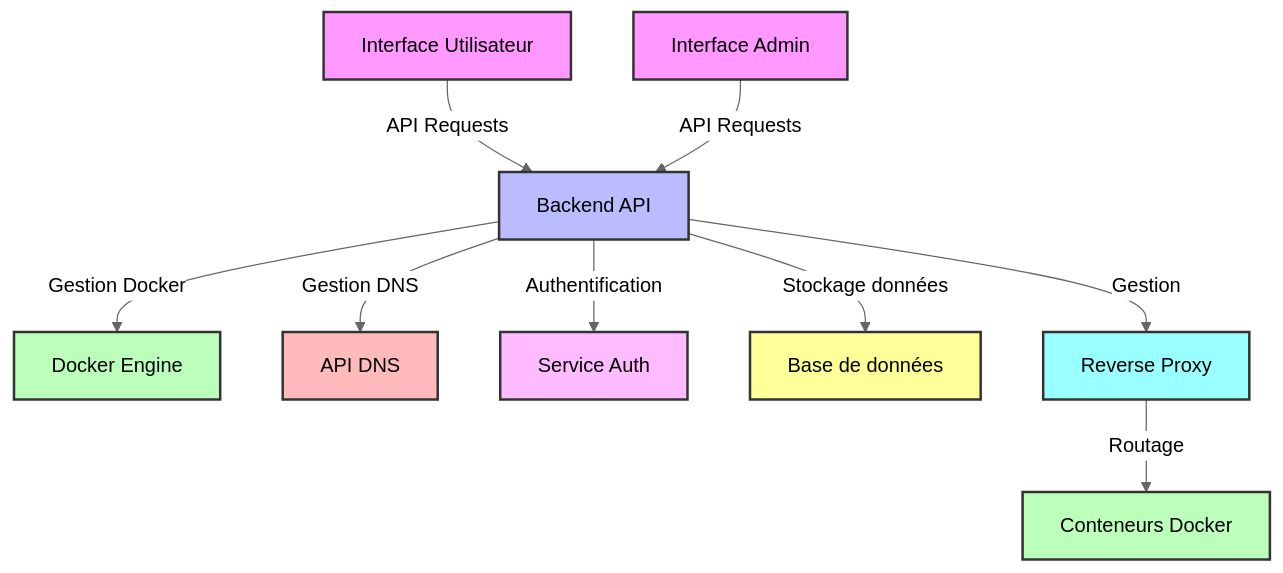
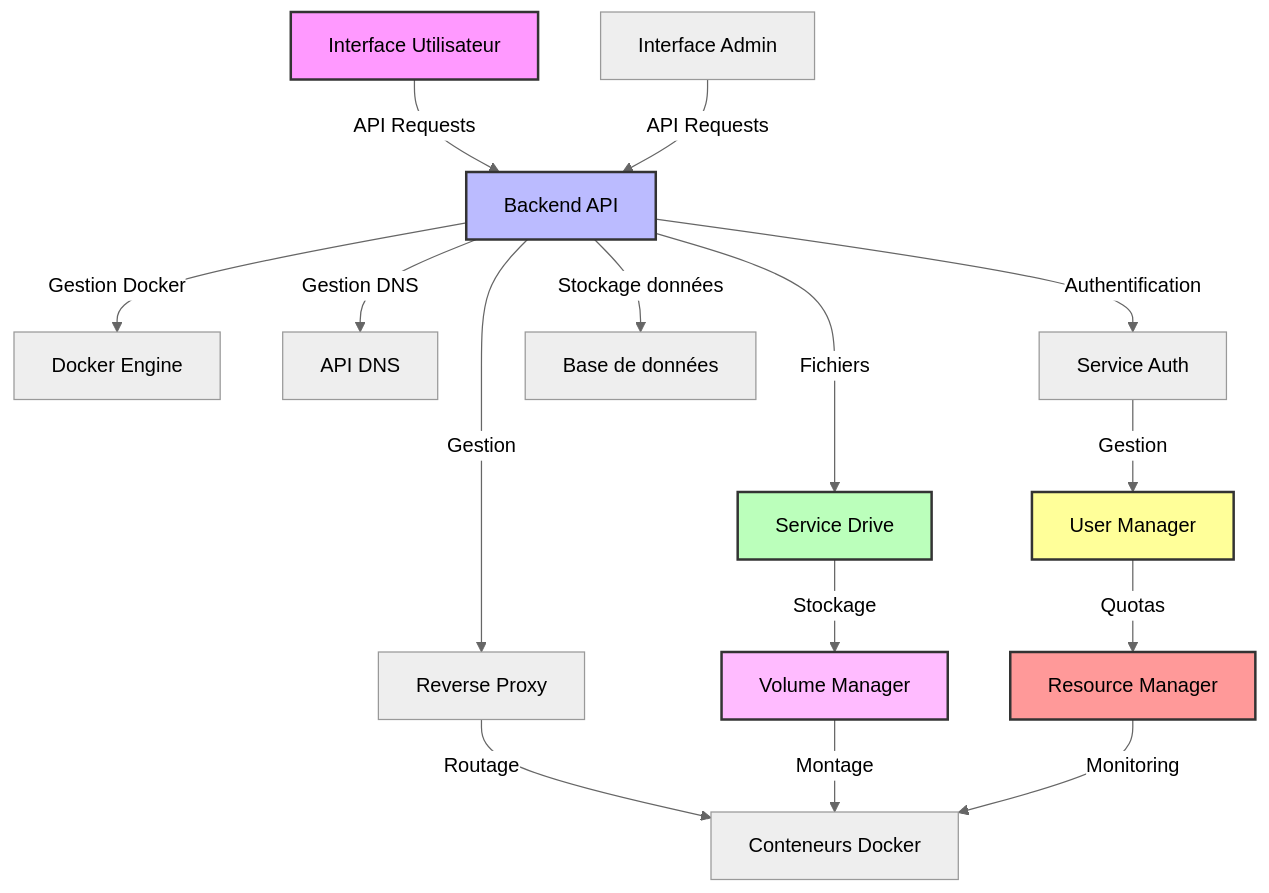
Before and after one commit to InsightSeeker-dev/DockerSphere: the diagram in README.md, drawn with Mermaid (neutral theme). The commit also changed other lines of this file, not shown here.

````diff
--- a/README.md
+++ b/README.md
@@ -25,21 +88,27 @@
 ```mermaid
 graph TD
     A[Interface Utilisateur] -->|API Requests| B[Backend API]
     C[Interface Admin] -->|API Requests| B
     B -->|Gestion Docker| D[Docker Engine]
     B -->|Gestion DNS| E[API DNS]
     B -->|Authentification| F[Service Auth]
     B -->|Stockage données| G[Base de données]
     H[Reverse Proxy] -->|Routage| I[Conteneurs Docker]
     B -->|Gestion| H
+    
+    %% Composants Drive et Users
+    B -->|Fichiers| J[Service Drive]
+    J -->|Stockage| K[Volume Manager]
+    K -->|Montage| I
+    
+    F -->|Gestion| L[User Manager]
+    L -->|Quotas| M[Resource Manager]
+    M -->|Monitoring| I
 
     style A fill:#f9f,stroke:#333,stroke-width:2px
     style B fill:#bbf,stroke:#333,stroke-width:2px
-    style C fill:#f9f,stroke:#333,stroke-width:2px
-    style D fill:#bfb,stroke:#333,stroke-width:2px
-    style E fill:#fbb,stroke:#333,stroke-width:2px
-    style F fill:#fbf,stroke:#333,stroke-width:2px
-    style G fill:#ff9,stroke:#333,stroke-width:2px
-    style H fill:#9ff,stroke:#333,stroke-width:2px
-    style I fill:#bfb,stroke:#333,stroke-width:2px
+    style J fill:#bfb,stroke:#333,stroke-width:2px
+    style K fill:#fbf,stroke:#333,stroke-width:2px
+    style L fill:#ff9,stroke:#333,stroke-width:2px
+    style M fill:#f99,stroke:#333,stroke-width:2px
 ```
````
